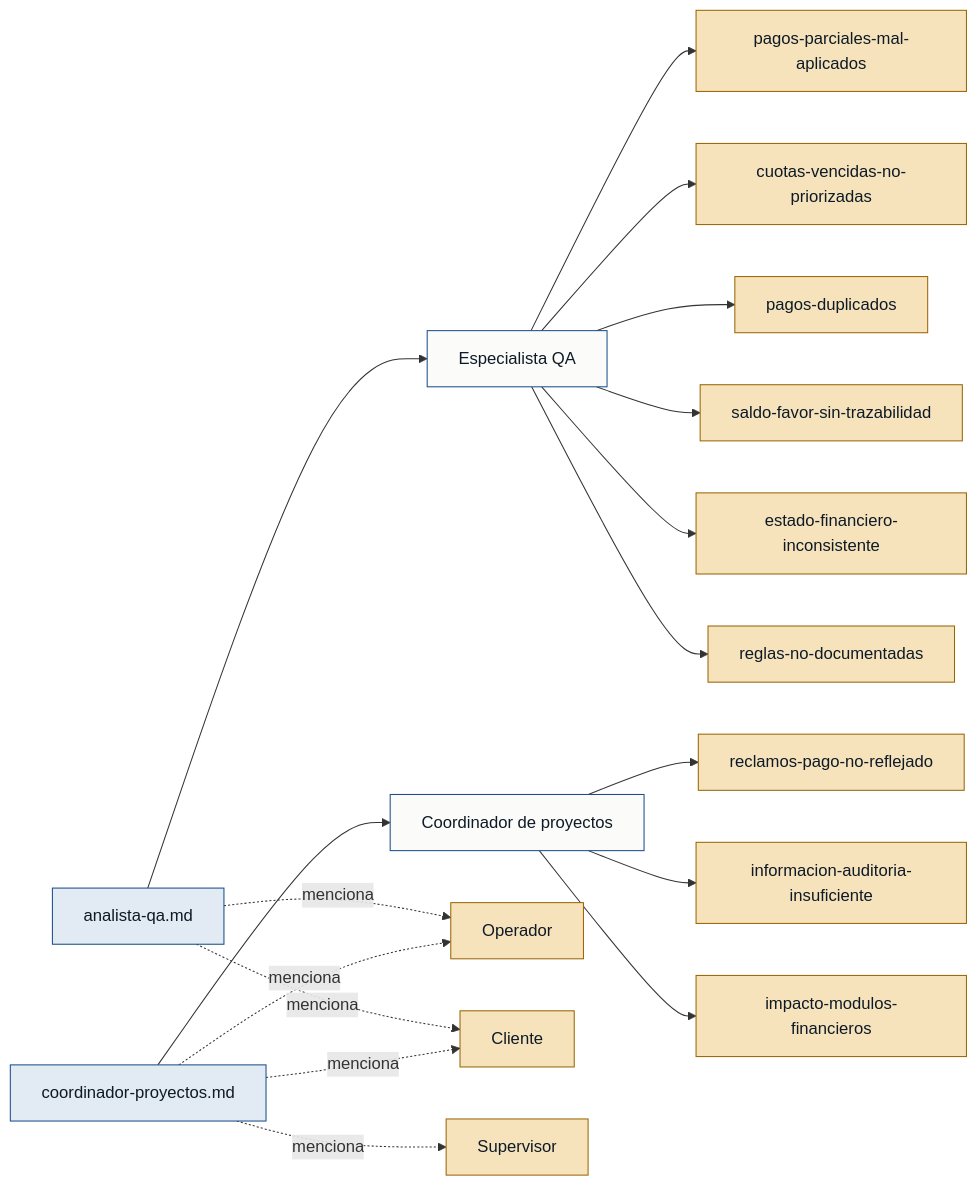
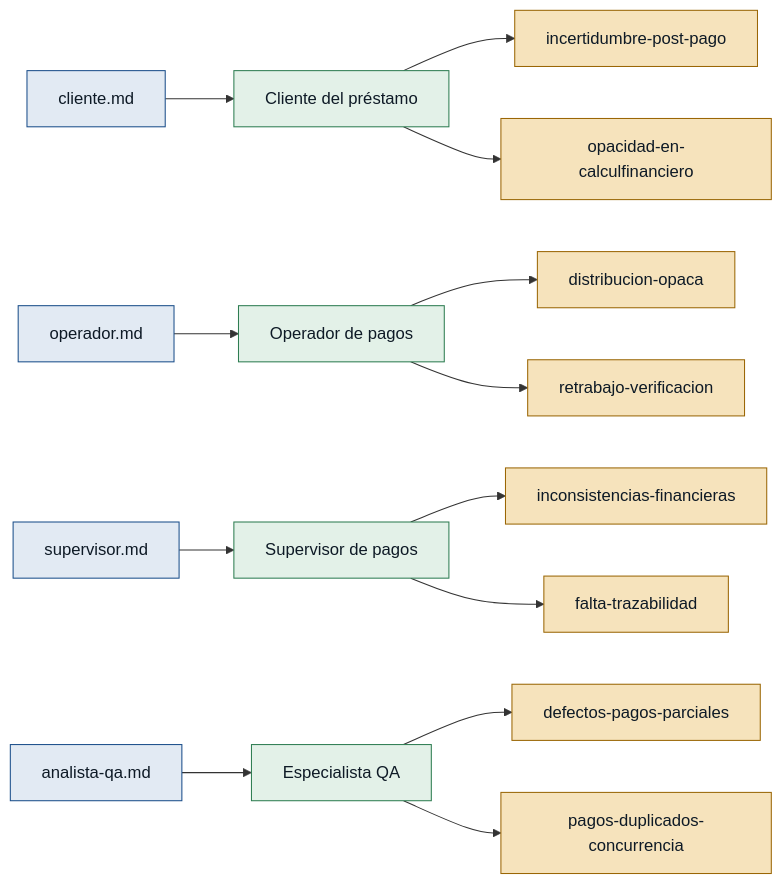
One commit to jordyloor2003/Discovery_Agent changed the diagram in discoveries/fondo-cesantia/outputs/personas.md. Above: the diagram before and after it, drawn with Mermaid. The commit also changed other lines of this file and 11 other files, not shown here.

````diff
--- a/discoveries/fondo-cesantia/outputs/personas.md
+++ b/discoveries/fondo-cesantia/outputs/personas.md
@@ -10,26 +13,21 @@
 ```mermaid
 flowchart LR
   classDef src fill:#E2EAF3,stroke:#1A4E8A,color:#0E1A26;
-  classDef per fill:#FBFCFA,stroke:#1A4E8A,color:#0E1A26;
-  classDef perR fill:#F6E3BC,stroke:#9A6605,color:#0E1A26;
+  classDef perPrim fill:#E3F1E8,stroke:#2E7D52,color:#0E1A26;
+  classDef perRef fill:#F6E3BC,stroke:#9A6605,color:#0E1A26;
   classDef pain fill:#F6E3BC,stroke:#9A6605,color:#0E1A26;
 
-  AQA[analista-qa.md]:::src --> QA[Especialista QA]:::per
-  CP[coordinador-proyectos.md]:::src --> CO[Coordinador de proyectos]:::per
+  C[cliente.md]:::src --> P1[Cliente del préstamo]:::perPrim
+  O[operador.md]:::src --> P2[Operador de pagos]:::perPrim
+  S[supervisor.md]:::src --> P3[Supervisor de pagos]:::perPrim
+  Q[analista-qa.md]:::src --> P4[Especialista QA]:::perPrim
 
-  AQA -.menciona.-> OP[Operador]:::perR
-  AQA -.menciona.-> CL[Cliente]:::perR
-  CP  -.menciona.-> OP
-  CP  -.menciona.-> CL
-  CP  -.menciona.-> SU[Supervisor]:::perR
-
-  QA --> D1[pagos-parciales-mal-aplicados]:::pain
-  QA --> D2[cuotas-vencidas-no-priorizadas]:::pain
-  QA --> D3[pagos-duplicados]:::pain
-  QA --> D4[saldo-favor-sin-trazabilidad]:::pain
-  QA --> D5[estado-financiero-inconsistente]:::pain
-  QA --> D6[reglas-no-documentadas]:::pain
-  CO --> D7[reclamos-pago-no-reflejado]:::pain
-  CO --> D8[informacion-auditoria-insuficiente]:::pain
-  CO --> D9[impacto-modulos-financieros]:::pain
+  P1 --> D1[incertidumbre-post-pago]:::pain
+  P1 --> D2[opacidad-en-calculfinanciero]:::pain
+  P2 --> D3[distribucion-opaca]:::pain
+  P2 --> D4[retrabajo-verificacion]:::pain
+  P3 --> D5[inconsistencias-financieras]:::pain
+  P3 --> D6[falta-trazabilidad]:::pain
+  P4 --> D7[defectos-pagos-parciales]:::pain
+  P4 --> D8[pagos-duplicados-concurrencia]:::pain
 ```
````
